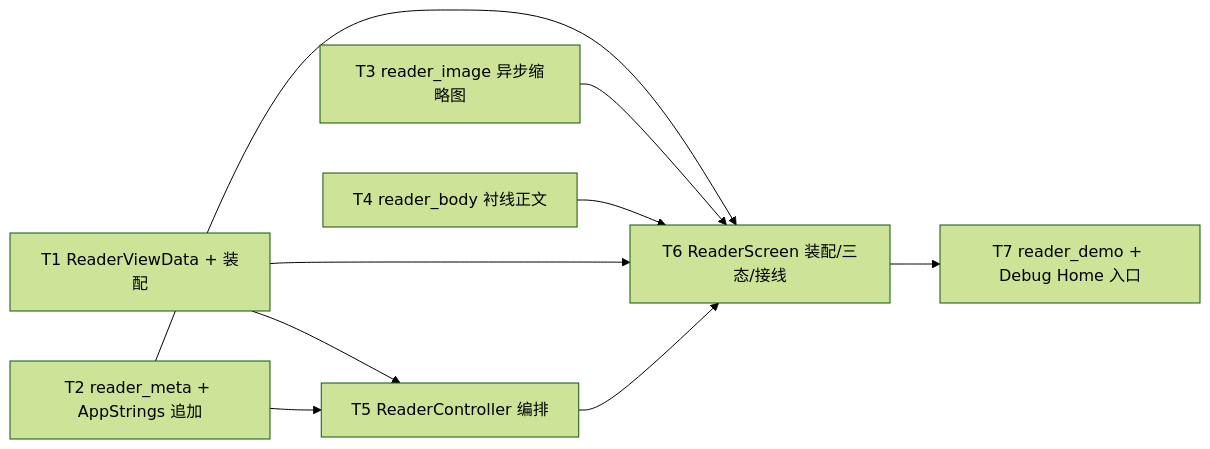
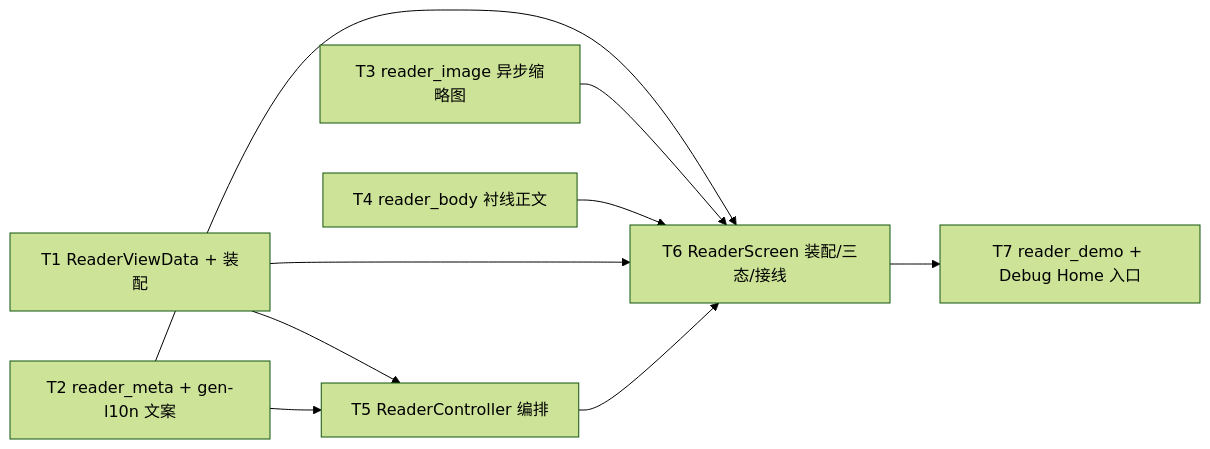
The diagram in specs/active/reader-screen/tasks.md (cr1992/DayZ), drawn with Mermaid (forest theme) before and after one commit. The commit also changed other lines of this file and 104 other files, not shown here.

````diff
--- a/specs/active/reader-screen/tasks.md
+++ b/specs/active/reader-screen/tasks.md
@@ -13,11 +13,11 @@
 ```mermaid
 graph LR
   T1[T1 ReaderViewData + 装配] --> T5[T5 ReaderController 编排]
-  T2[T2 reader_meta + AppStrings 追加] --> T6[T6 ReaderScreen 装配/三态/接线]
+  T2[T2 reader_meta + gen-l10n 文案] --> T6[T6 ReaderScreen 装配/三态/接线]
   T3[T3 reader_image 异步缩略图] --> T6
   T4[T4 reader_body 衬线正文] --> T6
   T1 --> T6
   T2 --> T5
   T5 --> T6
   T6 --> T7[T7 reader_demo + Debug Home 入口]
 ```
````
